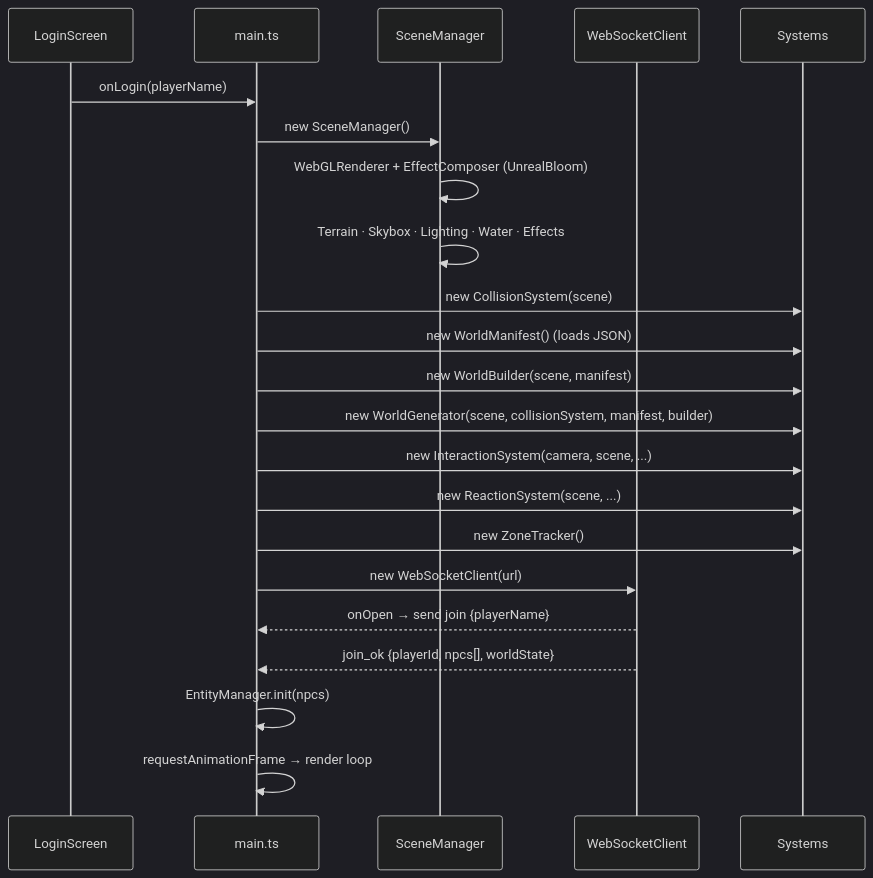
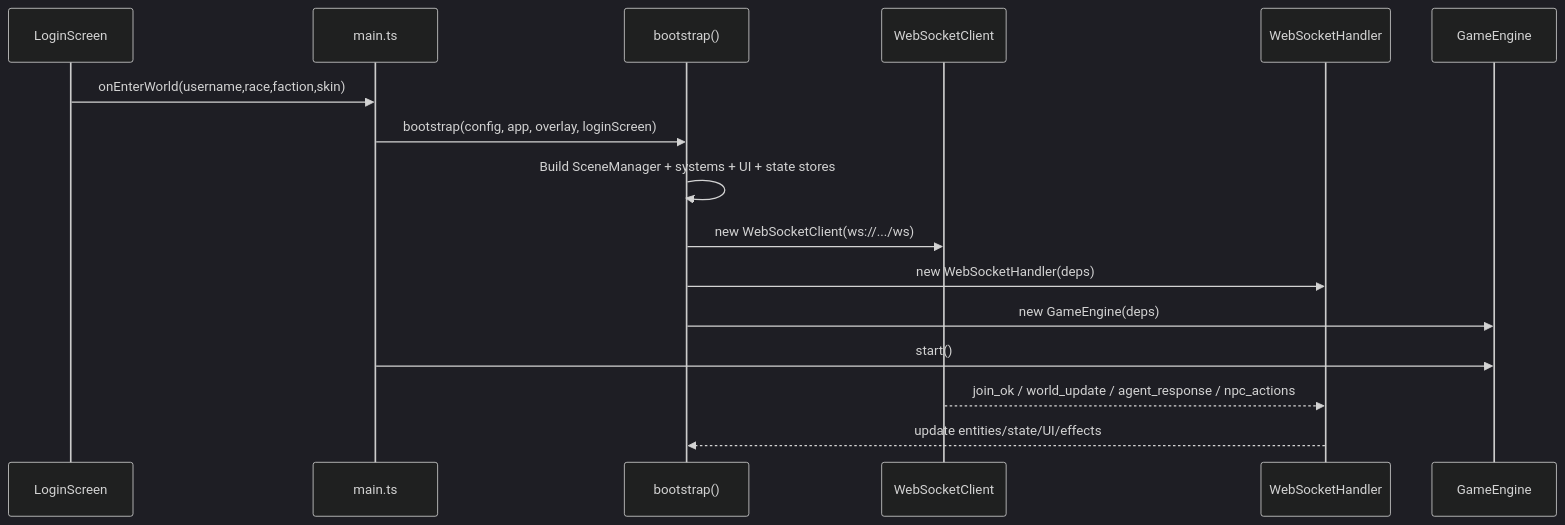
The second of 7 diagrams in client/ARCHITECTURE.md (Zaexv/world-of-prompcraft), drawn with Mermaid (dark theme) before and after one commit. The commit also changed other lines of this file and 2 other files, not shown here.

Commit message:
docs(architecture): update client/server architecture docs

````diff
--- a/client/ARCHITECTURE.md
+++ b/client/ARCHITECTURE.md
@@ -79,25 +80,19 @@
 ```mermaid
 sequenceDiagram
     participant L as LoginScreen
     participant M as main.ts
-    participant SM as SceneManager
-    participant WS as WebSocketClient
-    participant SYS as Systems
+    participant B as bootstrap()
+    participant W as WebSocketClient
+    participant H as WebSocketHandler
+    participant E as GameEngine
 
-    L->>M: onLogin(playerName)
-    M->>SM: new SceneManager()
-    SM->>SM: WebGLRenderer + EffectComposer (UnrealBloom)
-    SM->>SM: Terrain · Skybox · Lighting · Water · Effects
-    M->>SYS: new CollisionSystem(scene)
-    M->>SYS: new WorldManifest() (loads JSON)
-    M->>SYS: new WorldBuilder(scene, manifest)
-    M->>SYS: new WorldGenerator(scene, collisionSystem, manifest, builder)
-    M->>SYS: new InteractionSystem(camera, scene, ...)
-    M->>SYS: new ReactionSystem(scene, ...)
-    M->>SYS: new ZoneTracker()
-    M->>WS: new WebSocketClient(url)
-    WS-->>M: onOpen → send join {playerName}
-    WS-->>M: join_ok {playerId, npcs[], worldState}
-    M->>M: EntityManager.init(npcs)
-    M->>M: requestAnimationFrame → render loop
+    L->>M: onEnterWorld(username,race,faction,skin)
+    M->>B: bootstrap(config, app, overlay, loginScreen)
+    B->>B: Build SceneManager + systems + UI + state stores
+    B->>W: new WebSocketClient(ws://.../ws)
+    B->>H: new WebSocketHandler(deps)
+    B->>E: new GameEngine(deps)
+    M->>E: start()
+    W-->>H: join_ok / world_update / agent_response / npc_actions
+    H-->>B: update entities/state/UI/effects
 ```
````
